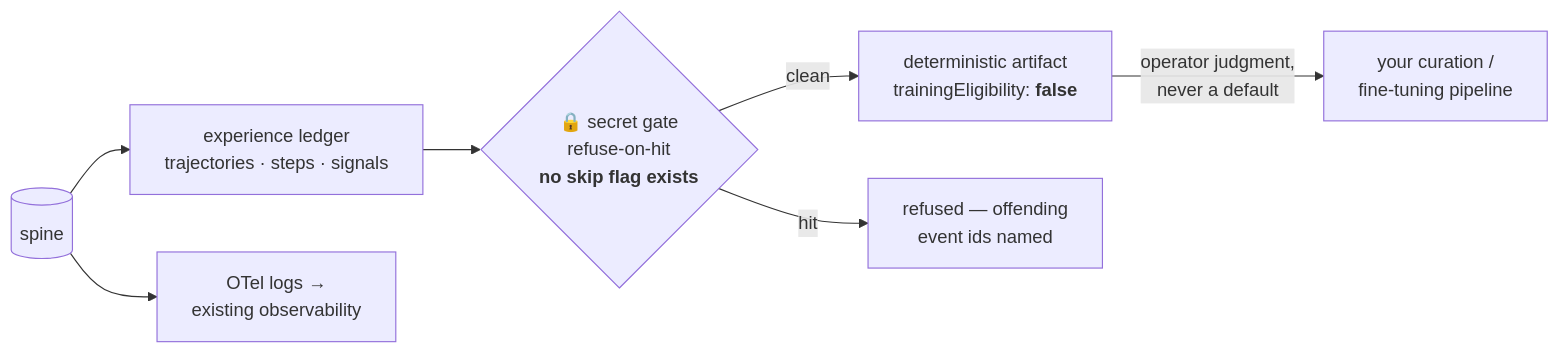
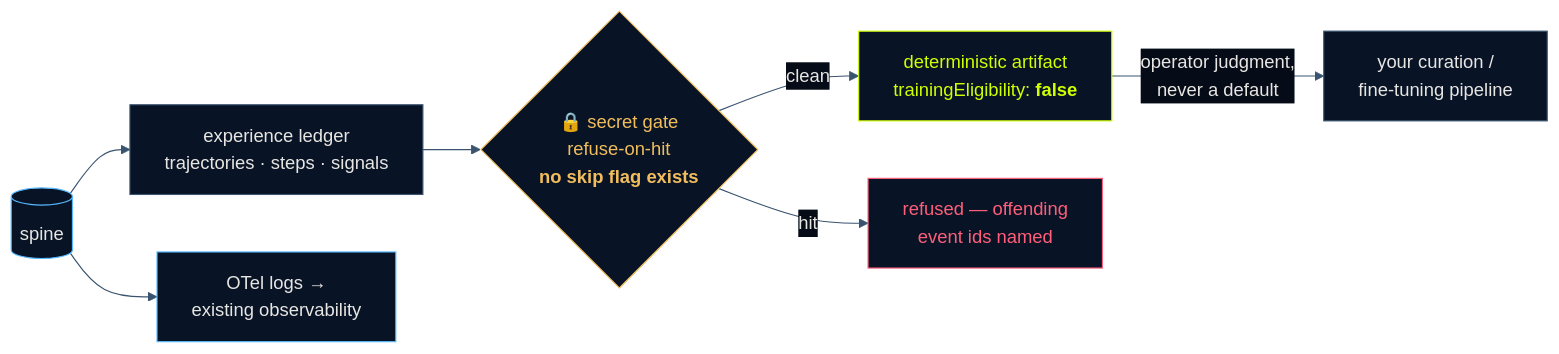
Before and after one commit to frdyx/maddu: the sixth of 6 diagrams in README.md, drawn with Mermaid. The commit also changed other lines of this file, not shown here.

First line of the commit message:
docs(readme): navy-noir brand tokens on the use-case diagrams

````diff
--- a/README.md
+++ b/README.md
@@ -269,9 +300,18 @@
 ```mermaid
+%%{init: {"theme":"base","themeVariables":{"fontFamily":"IBM Plex Sans, Segoe UI, sans-serif","mainBkg":"#081426","nodeBorder":"#3A5470","lineColor":"#3A5470","textColor":"#E8E6E3","primaryTextColor":"#E8E6E3","edgeLabelBackground":"#050B17"}}}%%
 flowchart LR
     S[("spine")] --> E["experience ledger<br/>trajectories · steps · signals"]
     E --> GATE{"🔒 secret gate<br/>refuse-on-hit<br/><b>no skip flag exists</b>"}
     GATE -->|"clean"| ART["deterministic artifact<br/>trainingEligibility: <b>false</b>"]
     GATE -->|"hit"| REF["refused — offending<br/>event ids named"]
     ART -->|"operator judgment,<br/>never a default"| T["your curation /<br/>fine-tuning pipeline"]
     S --> OTEL["OTel logs →<br/>existing observability"]
+    classDef spine fill:#081426,stroke:#56B8FF,color:#E8E6E3
+    classDef good fill:#081426,stroke:#D0FF00,color:#D0FF00
+    classDef warn fill:#081426,stroke:#F2BD5C,color:#F2BD5C
+    classDef bad fill:#081426,stroke:#FF5E7A,color:#FF5E7A
+    class S,OTEL spine
+    class GATE warn
+    class ART good
+    class REF bad
 ```
````
